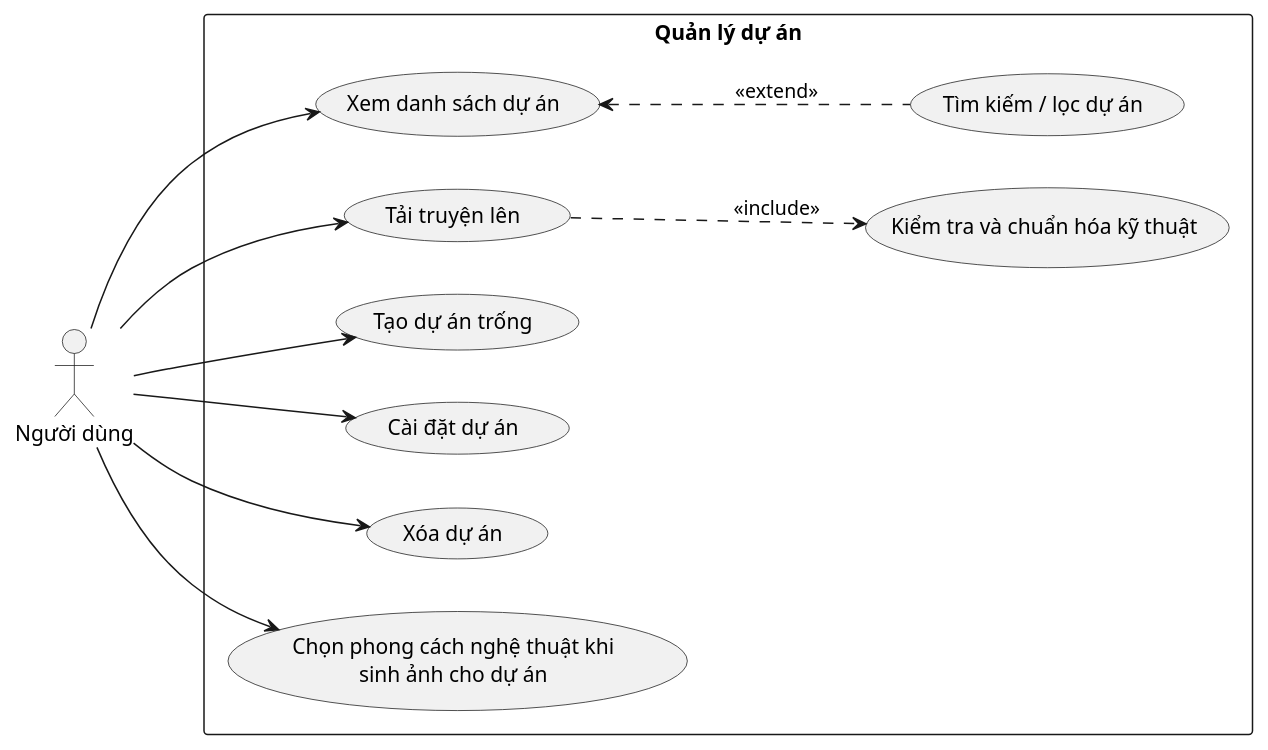
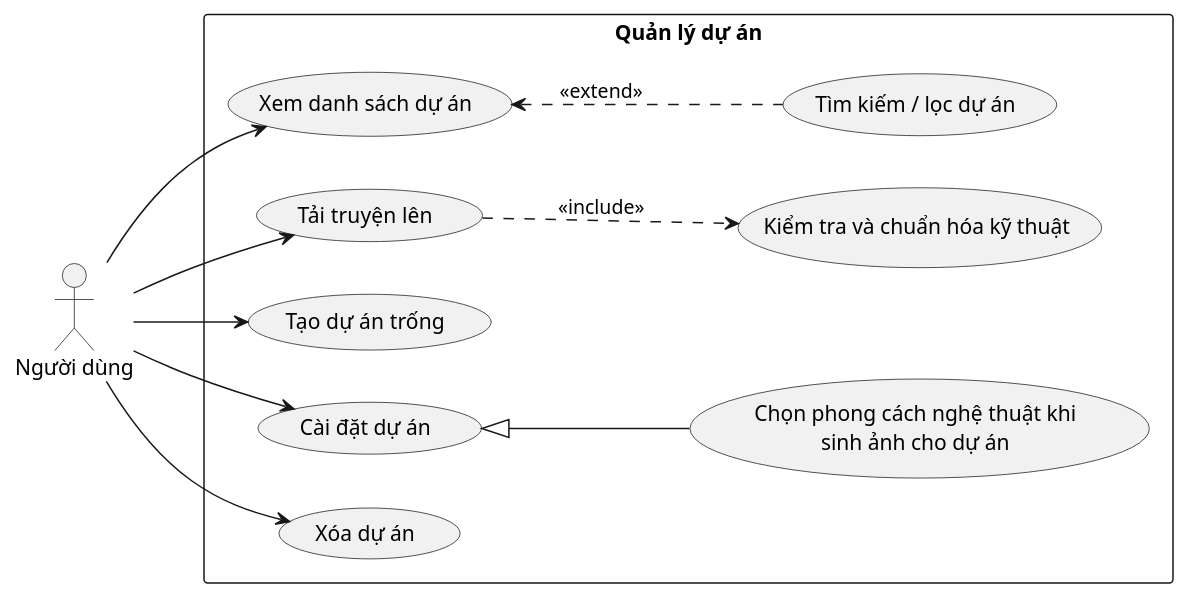
Before and after one commit to 202416852-anhpv/story2video-docs: the diagram in docs/bieu-do-uc/bieu-do-uc-chi-tiet/setup/quan-ly-du-an.puml, drawn with PlantUML.

```diff
--- a/docs/bieu-do-uc/bieu-do-uc-chi-tiet/setup/quan-ly-du-an.puml
+++ b/docs/bieu-do-uc/bieu-do-uc-chi-tiet/setup/quan-ly-du-an.puml
@@ -1,27 +1,27 @@
 @startuml quan-ly-du-an
 left to right direction
 
 actor "Người dùng" as User
 
 rectangle "Quản lý dự án" {
     usecase "Xem danh sách dự án" as UC_01
     usecase "Tìm kiếm / lọc dự án" as UC_02
     usecase "Tải truyện lên" as UC_03
     usecase "Kiểm tra và chuẩn hóa kỹ thuật" as UC_03a
     usecase "Tạo dự án trống" as UC_04
     usecase "Cài đặt dự án" as UC_05
     usecase "Xóa dự án" as UC_06
     usecase "Chọn phong cách nghệ thuật khi\nsinh ảnh cho dự án" as UC_07
 }
 
 User --> UC_01
 User --> UC_03
 User --> UC_04
 User --> UC_05
 User --> UC_06
-User --> UC_07
 
 UC_01 <.. UC_02 : <<extend>>
 UC_03 ..> UC_03a : <<include>>
+UC_05 <|-- UC_07
 
 @enduml
```
